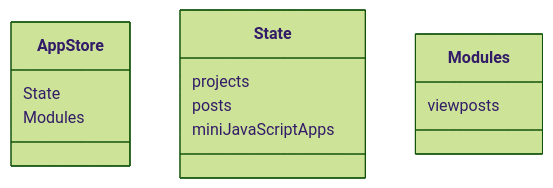
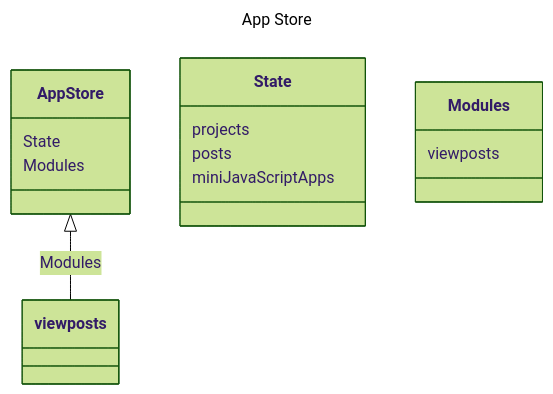
One commit to f2xiao/site changed the first of 2 diagrams in README.md. Above: the diagram before and after it, drawn with Mermaid (forest theme).

````diff
--- a/README.md
+++ b/README.md
@@ -7,11 +7,15 @@
 ```mermaid
+---
+title: App Store
+---
 classDiagram
+  App Store <|-- viewposts : Modules
   App Store : State
   App Store : Modules
   class State
   State : projects
   State : posts
   State : miniJavaScriptApps
   class Modules
   Modules : viewposts
 ```
````
